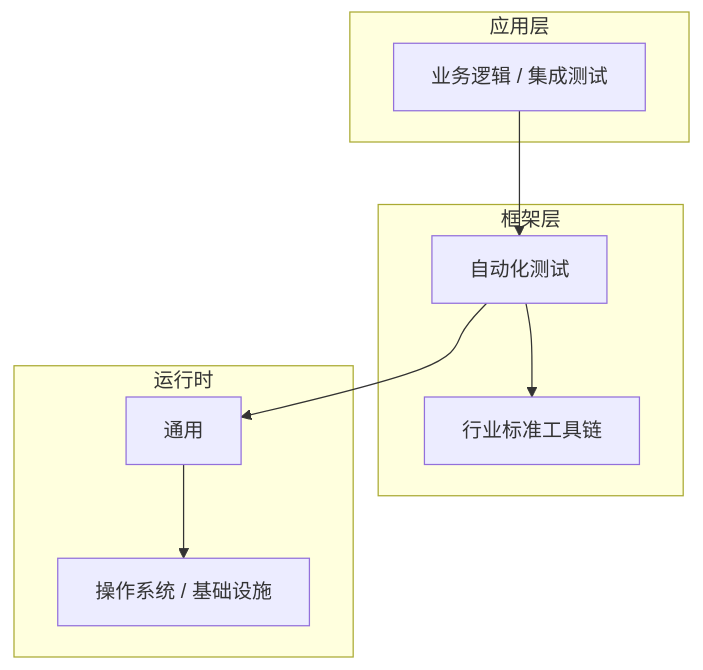
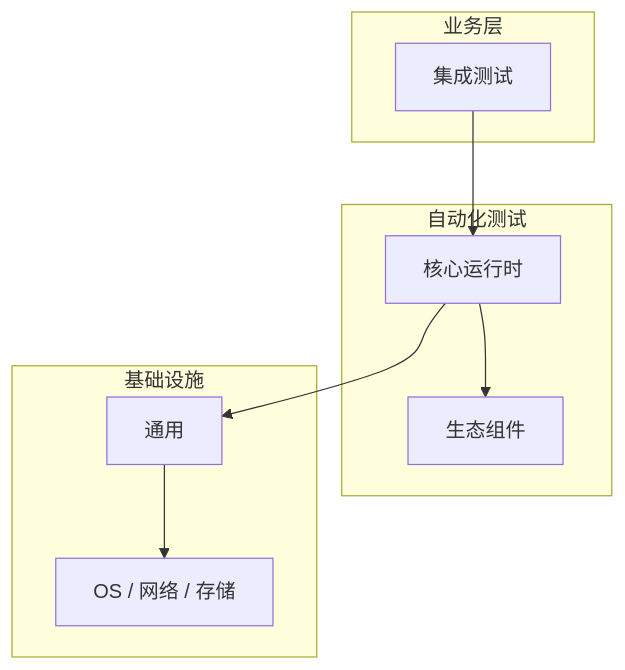
Before and after one commit to yanggan2015/knowledge-json-v2: the diagram in articles/自动化测试/chapters/015-集成测试核心概念与原理.md, drawn with Mermaid. The commit also changed other lines of this file and 10127 other files, not shown here.

````diff
--- a/articles/自动化测试/chapters/015-集成测试核心概念与原理.md
+++ b/articles/自动化测试/chapters/015-集成测试核心概念与原理.md
@@ -45,18 +34,18 @@
 ```mermaid
 graph TB
-    subgraph 应用层
-        A[业务逻辑 / 集成测试]
+    subgraph 业务层
+        A[集成测试]
     end
-    subgraph 框架层
-        B[自动化测试]
-        C[行业标准工具链]
+    subgraph 自动化测试
+        B[核心运行时]
+        C[生态组件]
     end
-    subgraph 运行时
+    subgraph 基础设施
         D[通用]
-        E[操作系统 / 基础设施]
+        E[OS / 网络 / 存储]
     end
     A --> B
     B --> C
     B --> D
     D --> E
 ```
````
